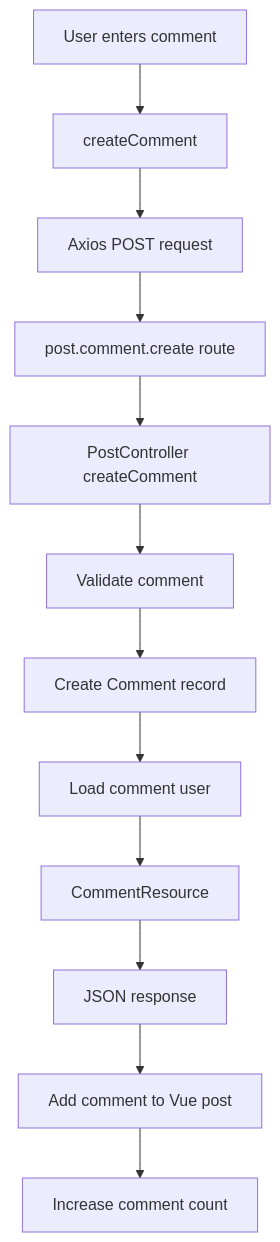
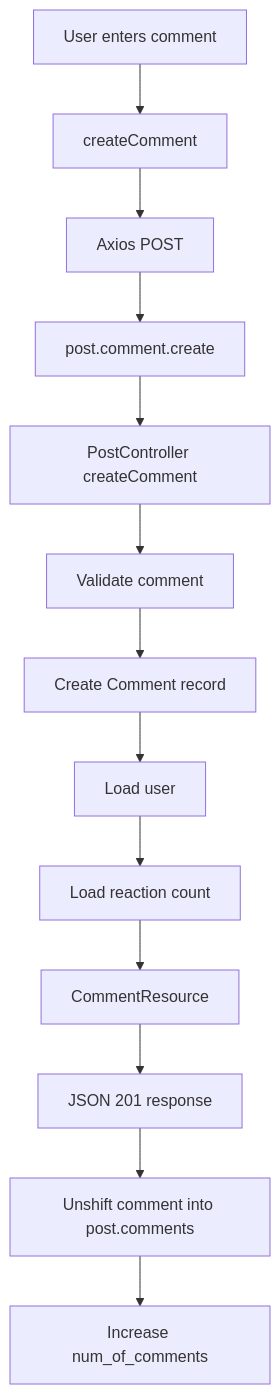
The third of 4 diagrams in docs/post-comments-flow.md (Paradox-Work/Poet-Web), drawn with Mermaid before and after one commit. The commit also changed other lines of this file, not shown here.

Commit message:
docs: update post comments flow

````diff
--- a/docs/post-comments-flow.md
+++ b/docs/post-comments-flow.md
@@ -90,27 +124,29 @@
 ```mermaid
 flowchart TD
     A[User enters comment]
     B[createComment]
-    C[Axios POST request]
-    D[post.comment.create route]
+    C[Axios POST]
+    D[post.comment.create]
     E[PostController createComment]
     F[Validate comment]
     G[Create Comment record]
-    H[Load comment user]
-    I[CommentResource]
-    J[JSON response]
-    K[Add comment to Vue post]
-    L[Increase comment count]
+    H[Load user]
+    I[Load reaction count]
+    J[CommentResource]
+    K[JSON 201 response]
+    L[Unshift comment into post.comments]
+    M[Increase num_of_comments]
 
     A --> B
     B --> C
     C --> D
     D --> E
     E --> F
     F --> G
     G --> H
     H --> I
     I --> J
     J --> K
     K --> L
+    L --> M
 ```
````
